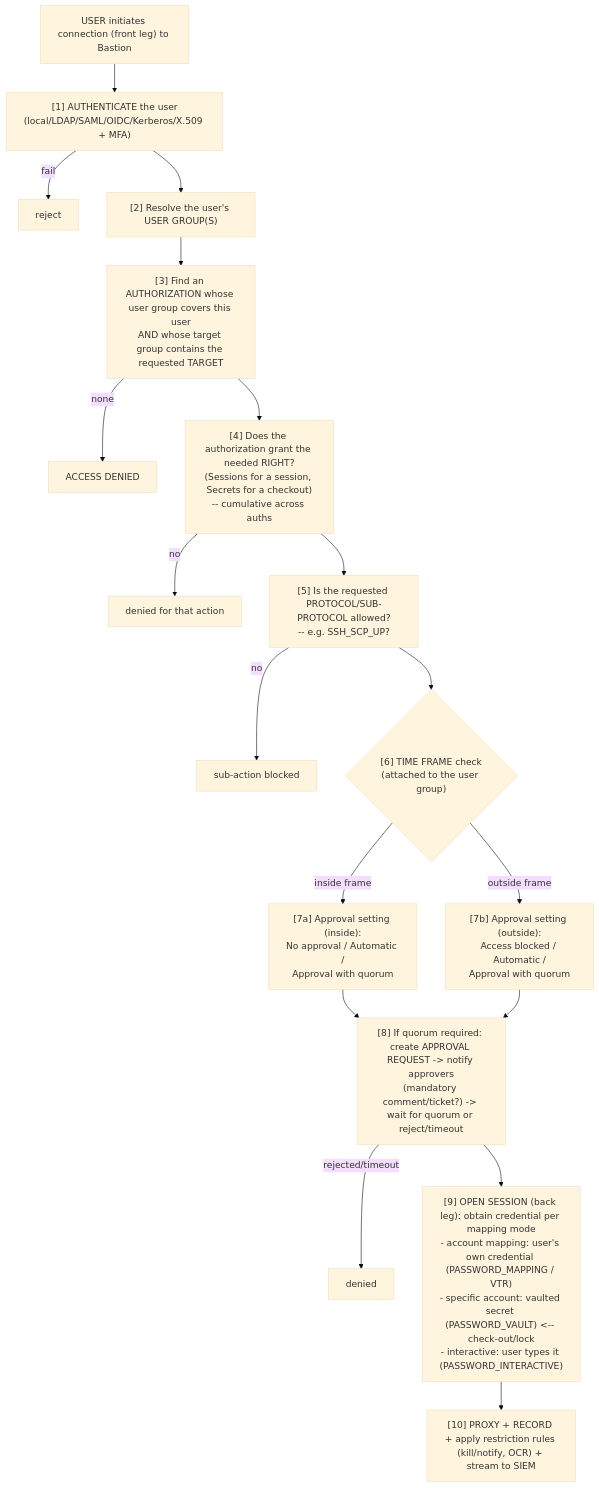
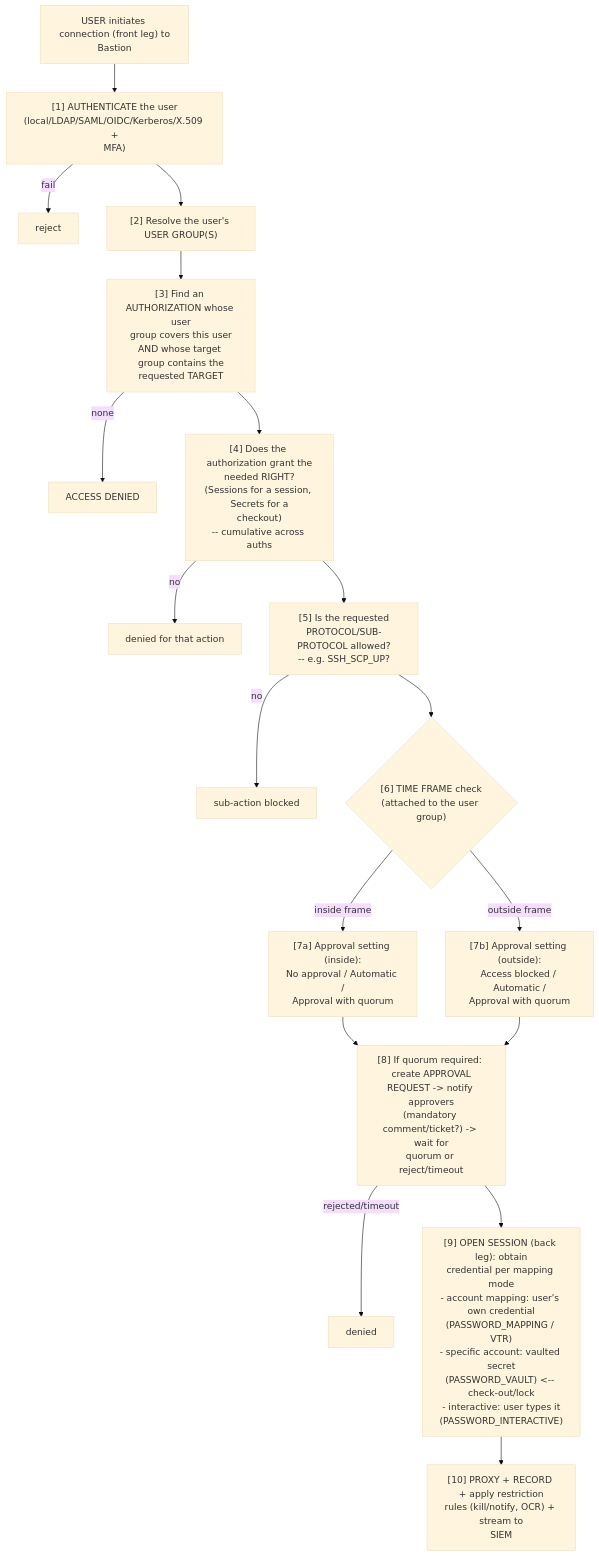
The third of 3 diagrams in deep-dives/bastion-data-model.md (morandeirachema/WallixCerts), drawn with Mermaid (base theme) before and after one commit. The commit also changed 37 other files, not shown here.

First line of the commit message:
Make Mermaid node boxes fit their text (wrap long labels) + enforce it

````diff
--- a/deep-dives/bastion-data-model.md
+++ b/deep-dives/bastion-data-model.md
@@ -230,20 +230,20 @@
 ```mermaid
 flowchart TD
-    Start["USER initiates connection (front leg) to Bastion"] --> S1
-    S1["[1] AUTHENTICATE the user<br/>(local/LDAP/SAML/OIDC/Kerberos/X.509 + MFA)"] -->|"fail"| Reject["reject"]
+    Start["USER initiates connection (front leg) to<br/>Bastion"] --> S1
+    S1["[1] AUTHENTICATE the user<br/>(local/LDAP/SAML/OIDC/Kerberos/X.509 +<br/>MFA)"] -->|"fail"| Reject["reject"]
     S1 --> S2["[2] Resolve the user's USER GROUP(S)"]
-    S2 --> S3["[3] Find an AUTHORIZATION whose user group covers this user<br/>AND whose target group contains the requested TARGET"]
+    S2 --> S3["[3] Find an AUTHORIZATION whose user<br/>group covers this user<br/>AND whose target group contains the<br/>requested TARGET"]
     S3 -->|"none"| Denied["ACCESS DENIED"]
-    S3 --> S4["[4] Does the authorization grant the needed RIGHT?<br/>(Sessions for a session, Secrets for a checkout)<br/>-- cumulative across auths"]
+    S3 --> S4["[4] Does the authorization grant the<br/>needed RIGHT?<br/>(Sessions for a session, Secrets for a<br/>checkout)<br/>-- cumulative across auths"]
     S4 -->|"no"| DeniedAction["denied for that action"]
-    S4 --> S5["[5] Is the requested PROTOCOL/SUB-PROTOCOL allowed?<br/>-- e.g. SSH_SCP_UP?"]
+    S4 --> S5["[5] Is the requested<br/>PROTOCOL/SUB-PROTOCOL allowed?<br/>-- e.g. SSH_SCP_UP?"]
     S5 -->|"no"| Blocked["sub-action blocked"]
     S5 --> S6{"[6] TIME FRAME check<br/>(attached to the user group)"}
     S6 -->|"inside frame"| S7a["[7a] Approval setting (inside):<br/>No approval / Automatic /<br/>Approval with quorum"]
     S6 -->|"outside frame"| S7b["[7b] Approval setting (outside):<br/>Access blocked / Automatic /<br/>Approval with quorum"]
-    S7a --> S8["[8] If quorum required: create APPROVAL REQUEST -> notify approvers<br/>(mandatory comment/ticket?) -> wait for quorum or reject/timeout"]
+    S7a --> S8["[8] If quorum required: create APPROVAL<br/>REQUEST -> notify approvers<br/>(mandatory comment/ticket?) -> wait for<br/>quorum or reject/timeout"]
     S7b --> S8
     S8 -->|"rejected/timeout"| DeniedReq["denied"]
-    S8 --> S9["[9] OPEN SESSION (back leg): obtain credential per mapping mode<br/>- account mapping: user's own credential (PASSWORD_MAPPING / VTR)<br/>- specific account: vaulted secret (PASSWORD_VAULT) &lt;-- check-out/lock<br/>- interactive: user types it (PASSWORD_INTERACTIVE)"]
-    S9 --> S10["[10] PROXY + RECORD + apply restriction rules (kill/notify, OCR) + stream to SIEM"]
+    S8 --> S9["[9] OPEN SESSION (back leg): obtain<br/>credential per mapping mode<br/>- account mapping: user's own credential<br/>(PASSWORD_MAPPING / VTR)<br/>- specific account: vaulted secret<br/>(PASSWORD_VAULT) &lt;-- check-out/lock<br/>- interactive: user types it<br/>(PASSWORD_INTERACTIVE)"]
+    S9 --> S10["[10] PROXY + RECORD + apply restriction<br/>rules (kill/notify, OCR) + stream to<br/>SIEM"]
 ```
````
